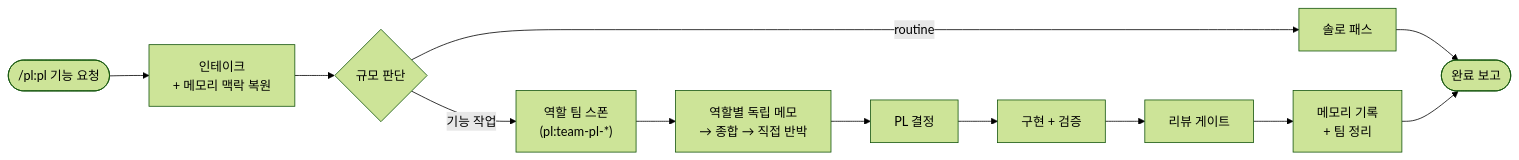
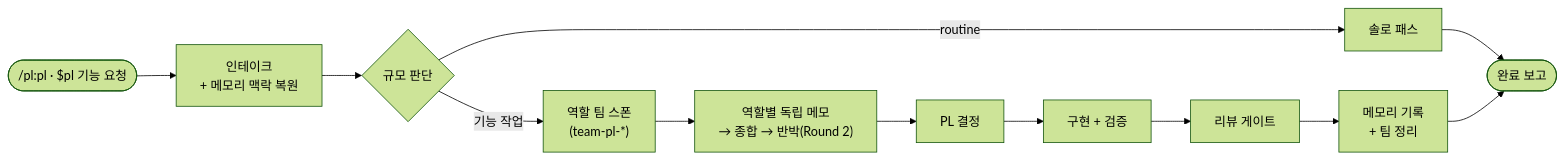
Before and after one commit to zz1996zz/agent-plugins: the first of 2 diagrams in plugins/pl/README.md, drawn with Mermaid (forest theme). The commit also changed other lines of this file and 5 other files, not shown here.

Commit message:
docs(pl): 0.4.2 — README 최신화(워크플로우 도식·Notion OAuth·샌드박스 실측·검사 역할 표기), Codex 협업 도구 실명 정정

````diff
--- a/plugins/pl/README.md
+++ b/plugins/pl/README.md
@@ -21,14 +21,14 @@
 ```mermaid
 flowchart LR
-    A(["/pl:pl 기능 요청"]) --> B["인테이크<br/>+ 메모리 맥락 복원"]
+    A(["/pl:pl · $pl 기능 요청"]) --> B["인테이크<br/>+ 메모리 맥락 복원"]
     B --> C{"규모 판단"}
     C -->|"routine"| D["솔로 패스"]
-    C -->|"기능 작업"| E["역할 팀 스폰<br/>(pl:team-pl-*)"]
-    E --> F["역할별 독립 메모<br/>→ 종합 → 직접 반박"]
+    C -->|"기능 작업"| E["역할 팀 스폰<br/>(team-pl-*)"]
+    E --> F["역할별 독립 메모<br/>→ 종합 → 반박(Round 2)"]
     F --> G["PL 결정"]
     G --> H["구현 + 검증"]
     H --> I["리뷰 게이트"]
     I --> J["메모리 기록<br/>+ 팀 정리"]
     D --> K([완료 보고])
     J --> K
 ```
````
